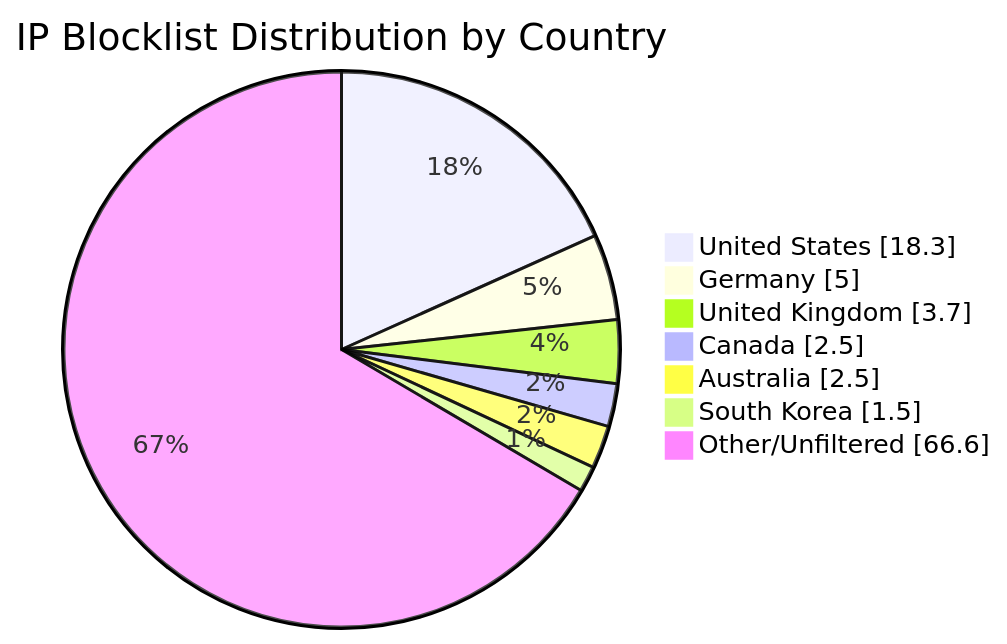
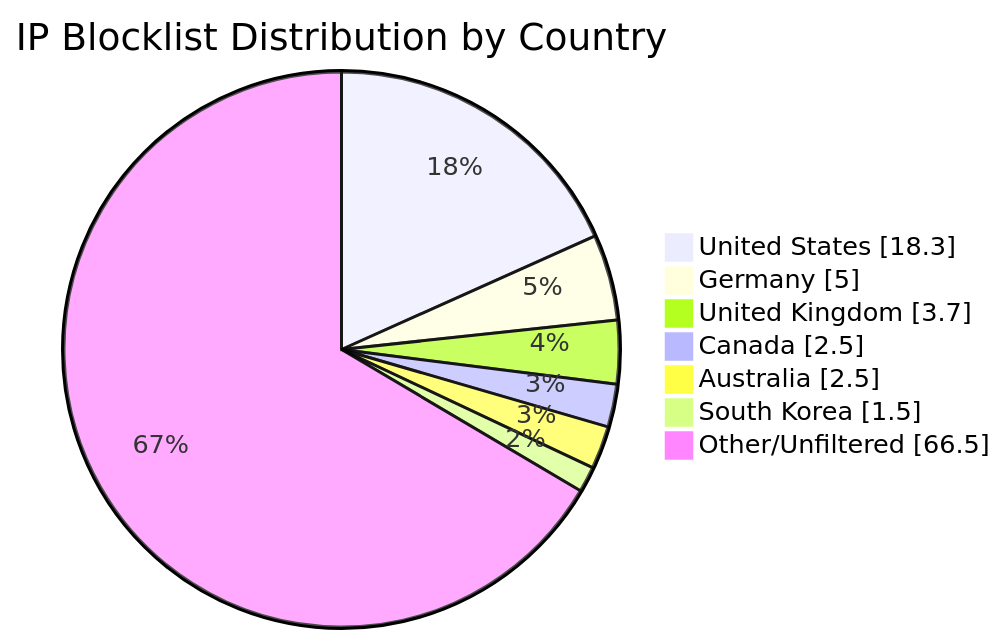
The diagram in README.md (MarcusHoltz/ipblocklist-geofiltered-aggregator), drawn with Mermaid before and after one commit. The commit also changed other lines of this file and 9 other files, not shown here.

````diff
--- a/README.md
+++ b/README.md
@@ -34,10 +34,10 @@
 ```mermaid
 pie showData title IP Blocklist Distribution by Country
 "United States" : 18.3
 "Germany" : 5.0
 "United Kingdom" : 3.7
 "Canada" : 2.5
 "Australia" : 2.5
 "South Korea" : 1.5
-"Other/Unfiltered" : 66.6
+"Other/Unfiltered" : 66.5
 ```
````
